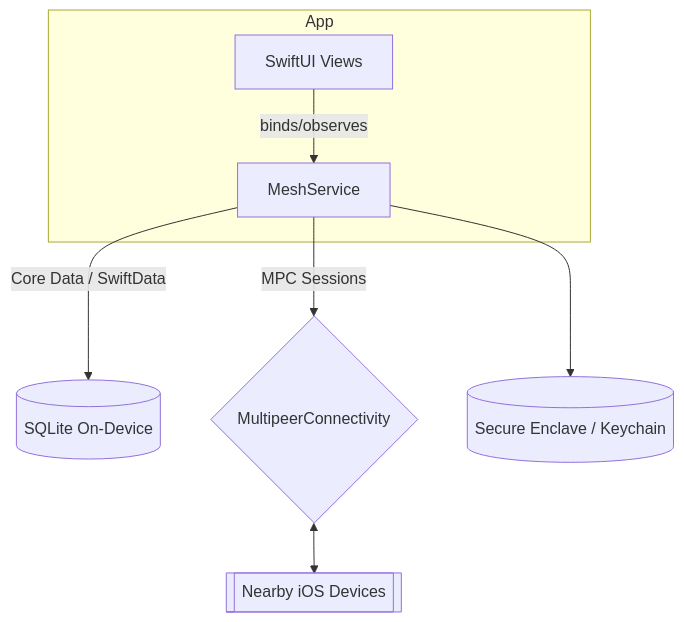
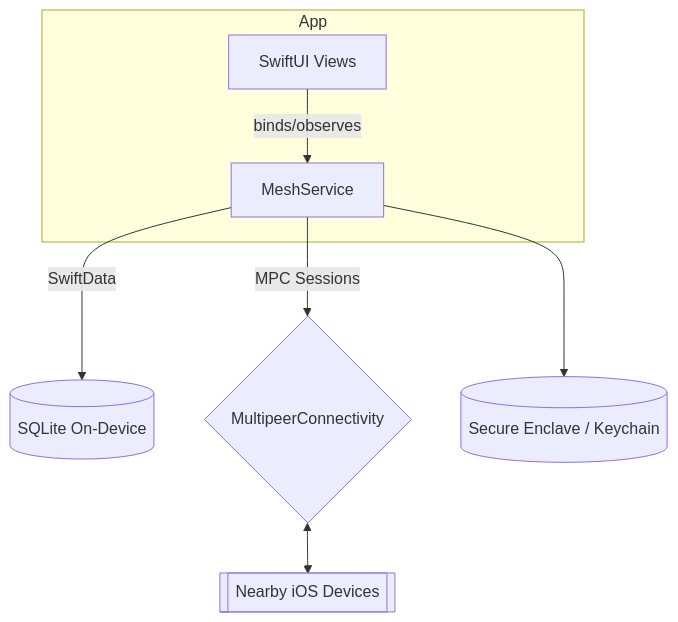
Before and after one commit to adrior11/SwiftMeshRelay: the first of 5 diagrams in README.md, drawn with Mermaid.

````diff
--- a/README.md
+++ b/README.md
@@ -12,10 +12,10 @@
 ```mermaid
 flowchart TD
     subgraph App
         UI[SwiftUI Views] -->|binds/observes| MeshService
     end
-    MeshService -->|Core Data / SwiftData| Storage[(SQLite On-Device)]
+    MeshService -->|SwiftData| Storage[(SQLite On-Device)]
     MeshService -->|MPC Sessions| AppleMPC{MultipeerConnectivity}
     AppleMPC <--> Peers[[Nearby iOS Devices]]
     MeshService --> Keychain[(Secure Enclave / Keychain)]
 ```
````
